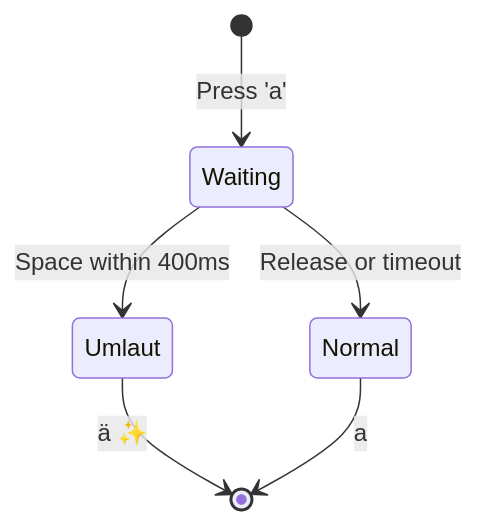
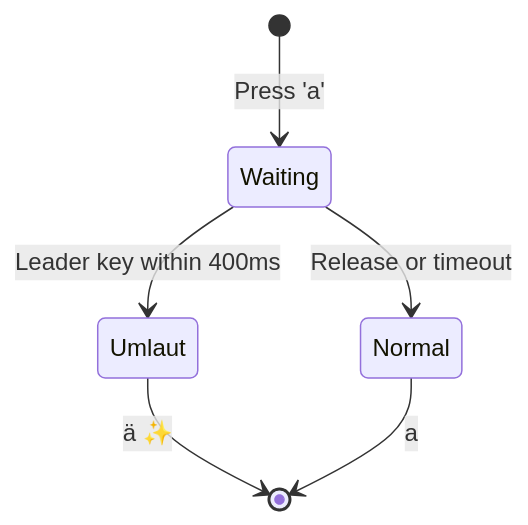
Before and after one commit to Maik-0000FF/schnelle-umlaute: the first of 6 diagrams in README.md, drawn with Mermaid. The commit also changed other lines of this file and 2 other files, not shown here.

First line of the commit message:
feat: Add configurable leader key for umlaut activation

````diff
--- a/README.md
+++ b/README.md
@@ -21,8 +21,8 @@
 ```mermaid
 stateDiagram-v2
     [*] --> Waiting: Press 'a'
-    Waiting --> Umlaut: Space within 400ms
+    Waiting --> Umlaut: Leader key within 400ms
     Waiting --> Normal: Release or timeout
     Umlaut --> [*]: ä ✨
     Normal --> [*]: a
 ```
````
